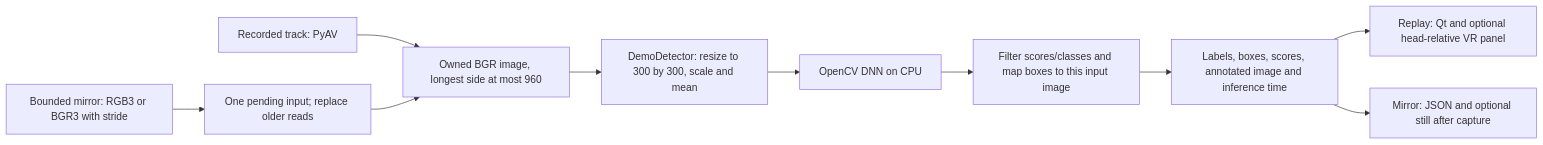
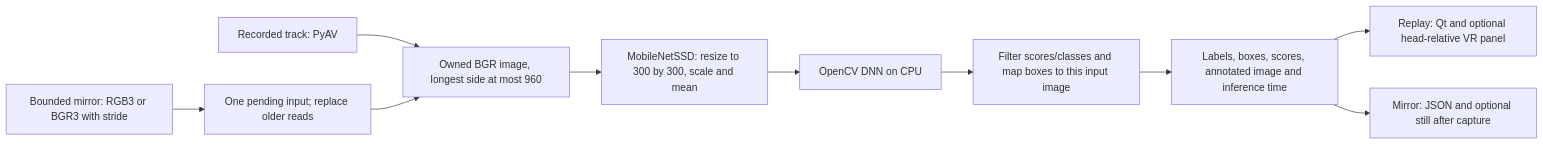
Before and after one commit to moral-kombat/SightCircuit: the second of 2 diagrams in docs/architecture.md, drawn with Mermaid. The commit also changed other lines of this file and 36 other files, not shown here.

````diff
--- a/docs/architecture.md
+++ b/docs/architecture.md
@@ -59,12 +66,12 @@
 ```mermaid
 flowchart LR
     File[Recorded track: PyAV] --> BGR[Owned BGR image, longest side at most 960]
     Mirror[Bounded mirror: RGB3 or BGR3 with stride] --> Latest[One pending input; replace older reads]
     Latest --> BGR
-    BGR --> Adapter[DemoDetector: resize to 300 by 300, scale and mean]
+    BGR --> Adapter[MobileNetSSD: resize to 300 by 300, scale and mean]
     Adapter --> CPU[OpenCV DNN on CPU]
     CPU --> Decode[Filter scores/classes and map boxes to this input image]
     Decode --> Result[Labels, boxes, scores, annotated image and inference time]
     Result --> Replay[Replay: Qt and optional head-relative VR panel]
     Result --> Check[Mirror: JSON and optional still after capture]
 ```
````
